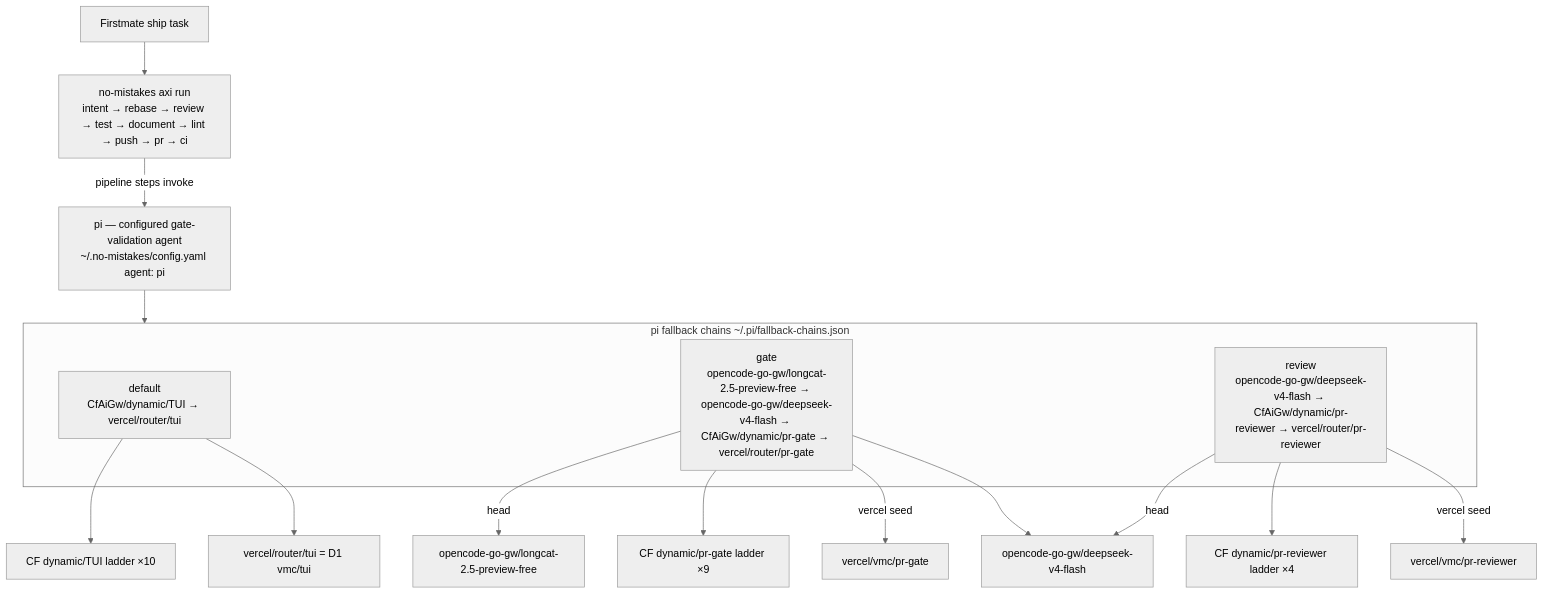
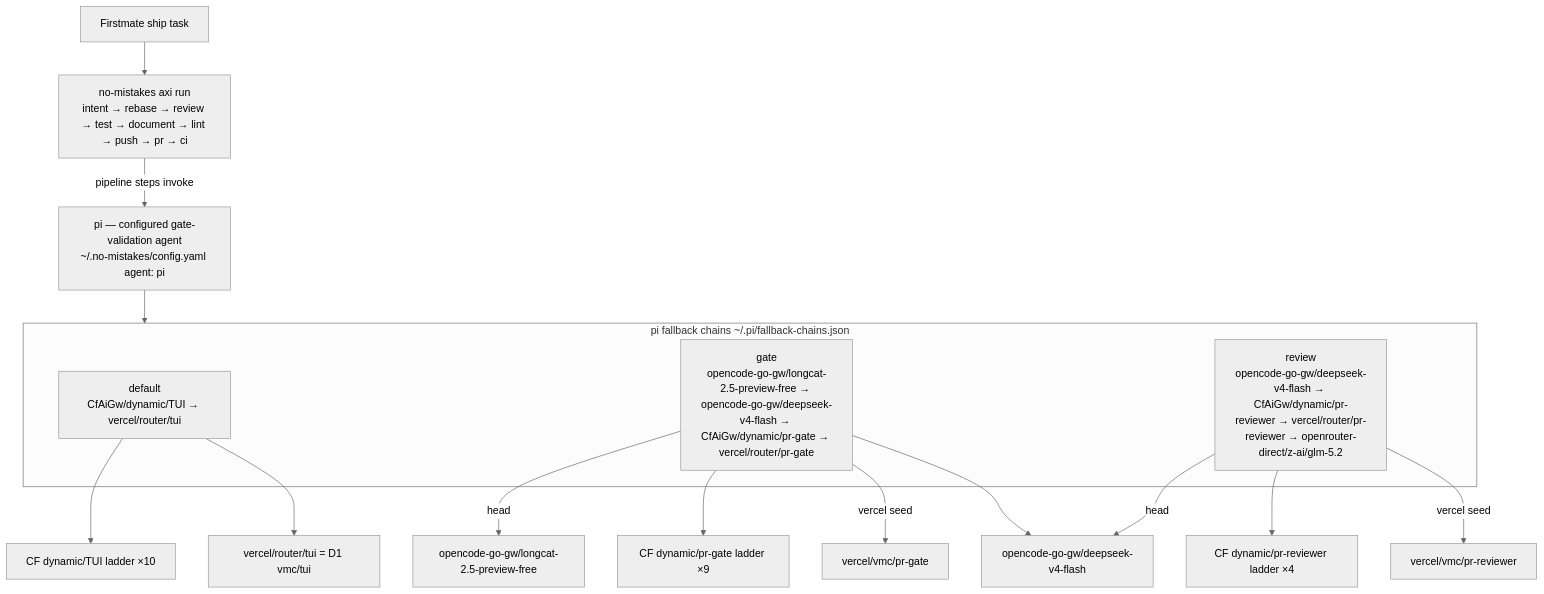
The second of 2 diagrams in dot_agents/skills/provider-catalog/references/ROUTING_TOPOLOGY.md (phillias/dotfiles), drawn with Mermaid (neutral theme) before and after one commit. The commit also changed other lines of this file and 3 other files, not shown here.

Commit message:
no-mistakes(document): Updated 3 stale review-chain references to include terminal openrouter-direct/z-ai/glm-5.2 rung

````diff
--- a/dot_agents/skills/provider-catalog/references/ROUTING_TOPOLOGY.md
+++ b/dot_agents/skills/provider-catalog/references/ROUTING_TOPOLOGY.md
@@ -72,23 +72,23 @@
 ```mermaid
 flowchart TD
     fm[Firstmate ship task]
     nm["no-mistakes axi run<br/>intent → rebase → review → test → document → lint → push → pr → ci"]
     fm --> nm
     pi["pi — configured gate-validation agent<br/>~/.no-mistakes/config.yaml agent: pi"]
     nm -->|pipeline steps invoke| pi
     subgraph chains[pi fallback chains ~/.pi/fallback-chains.json]
         DEF["default<br/>CfAiGw/dynamic/TUI → vercel/router/tui"]
         GATEC["gate<br/>opencode-go-gw/longcat-2.5-preview-free → opencode-go-gw/deepseek-v4-flash → CfAiGw/dynamic/pr-gate → vercel/router/pr-gate"]
-        REV2["review<br/>opencode-go-gw/deepseek-v4-flash → CfAiGw/dynamic/pr-reviewer → vercel/router/pr-reviewer"]
+        REV2["review<br/>opencode-go-gw/deepseek-v4-flash → CfAiGw/dynamic/pr-reviewer → vercel/router/pr-reviewer → openrouter-direct/z-ai/glm-5.2"]
     end
     pi --> chains
     GATEC -->|head| lcat[opencode-go-gw/longcat-2.5-preview-free]
     GATEC --> cfroute[CF dynamic/pr-gate ladder ×9]
     REV2 --> cfroute2[CF dynamic/pr-reviewer ladder ×4]
     DEF --> cfroute3[CF dynamic/TUI ladder ×10]
     GATEC -->|vercel seed| vg[vercel/vmc/pr-gate]
     REV2 -->|vercel seed| vr[vercel/vmc/pr-reviewer]
     GATEC --> ogw[opencode-go-gw/deepseek-v4-flash]
     REV2 -->|head| ogw
     DEF --> vtui[vercel/router/tui = D1 vmc/tui]
 ```
````
